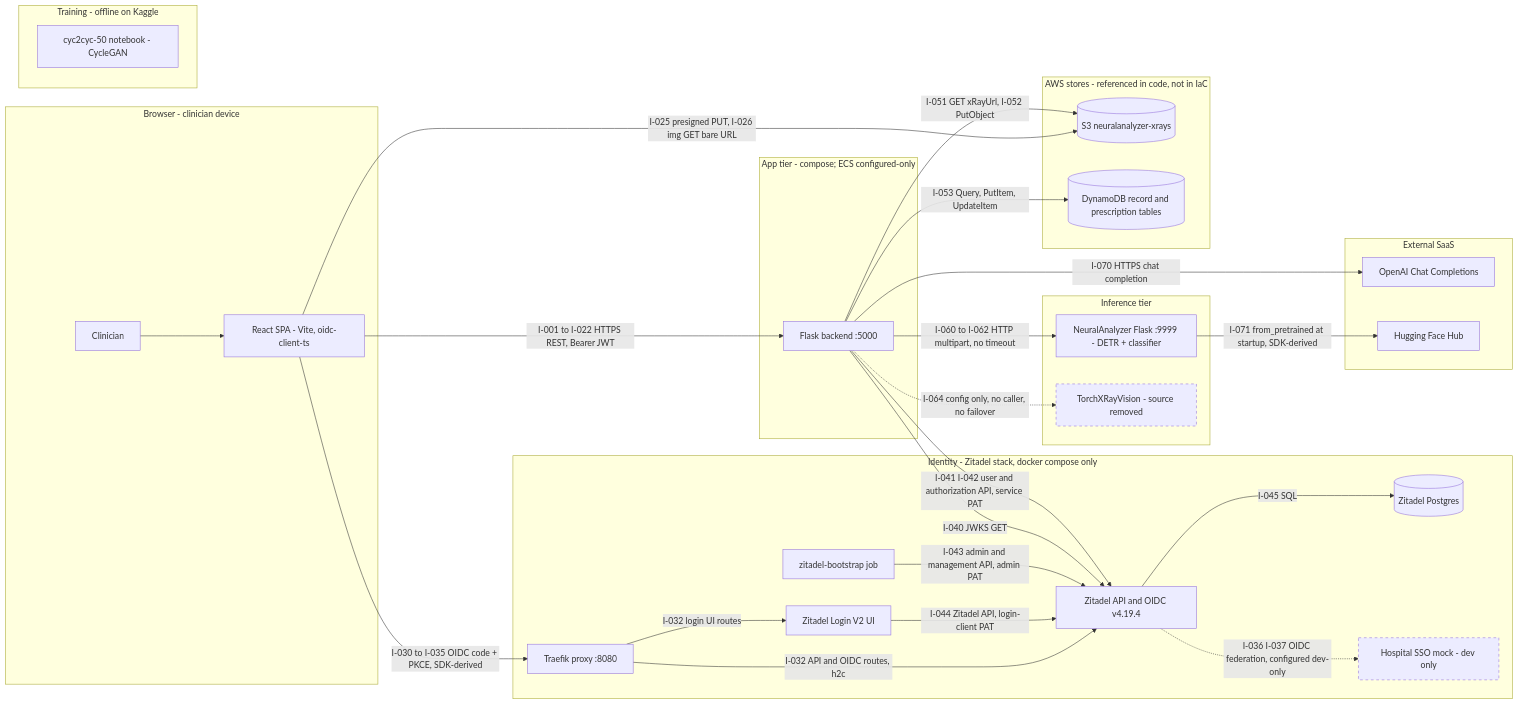
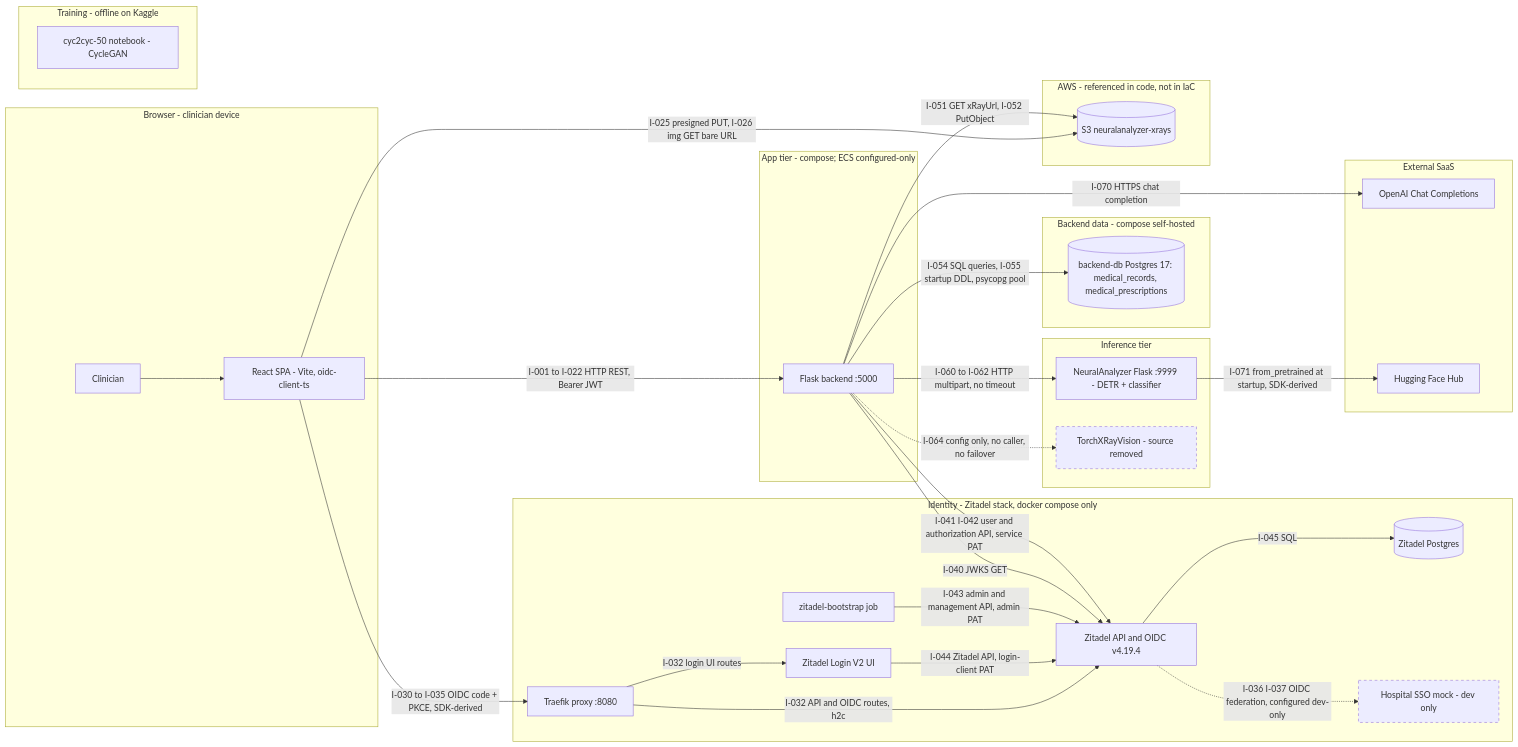
The diagram in docs/architecture/service-interactions.mmd (nathan20021/LungVisionAI), drawn with Mermaid before and after one commit. The commit also changed 3 other files, not shown here.

```diff
--- a/docs/architecture/service-interactions.mmd
+++ b/docs/architecture/service-interactions.mmd
@@ -1,59 +1,62 @@
 flowchart LR
   subgraph BROWSER["Browser - clinician device"]
     U["Clinician"]
     FE["React SPA - Vite, oidc-client-ts"]
   end
 
   subgraph IDP["Identity - Zitadel stack, docker compose only"]
     ZPX["Traefik proxy :8080"]
     ZL["Zitadel Login V2 UI"]
     ZA["Zitadel API and OIDC v4.19.4"]
     ZDB[("Zitadel Postgres")]
     ZB["zitadel-bootstrap job"]
     SSO["Hospital SSO mock - dev only"]
   end
 
   subgraph APP["App tier - compose; ECS configured-only"]
     BE["Flask backend :5000"]
   end
 
+  subgraph DATA["Backend data - compose self-hosted"]
+    PG[("backend-db Postgres 17: medical_records, medical_prescriptions")]
+  end
+
   subgraph INFER["Inference tier"]
     NA["NeuralAnalyzer Flask :9999 - DETR + classifier"]
     TXV["TorchXRayVision - source removed"]
   end
 
-  subgraph AWS["AWS stores - referenced in code, not in IaC"]
+  subgraph AWS["AWS - referenced in code, not in IaC"]
     S3[("S3 neuralanalyzer-xrays")]
-    DDB[("DynamoDB record and prescription tables")]
   end
 
   subgraph EXT["External SaaS"]
     OAI["OpenAI Chat Completions"]
     HF["Hugging Face Hub"]
   end
 
   subgraph TRAIN["Training - offline on Kaggle"]
     NB["cyc2cyc-50 notebook - CycleGAN"]
   end
 
   U --> FE
-  FE -->|"I-001 to I-022 HTTPS REST, Bearer JWT"| BE
+  FE -->|"I-001 to I-022 HTTP REST, Bearer JWT"| BE
   FE -->|"I-030 to I-035 OIDC code + PKCE, SDK-derived"| ZPX
   ZPX -->|"I-032 login UI routes"| ZL
   ZPX -->|"I-032 API and OIDC routes, h2c"| ZA
   ZL -->|"I-044 Zitadel API, login-client PAT"| ZA
   ZA -->|"I-045 SQL"| ZDB
   ZA -.->|"I-036 I-037 OIDC federation, configured dev-only"| SSO
   ZB -->|"I-043 admin and management API, admin PAT"| ZA
   BE -->|"I-040 JWKS GET"| ZA
   BE -->|"I-041 I-042 user and authorization API, service PAT"| ZA
+  BE -->|"I-054 SQL queries, I-055 startup DDL, psycopg pool"| PG
   FE -->|"I-025 presigned PUT, I-026 img GET bare URL"| S3
   BE -->|"I-051 GET xRayUrl, I-052 PutObject"| S3
-  BE -->|"I-053 Query, PutItem, UpdateItem"| DDB
   BE -->|"I-060 to I-062 HTTP multipart, no timeout"| NA
   BE -->|"I-070 HTTPS chat completion"| OAI
   NA -->|"I-071 from_pretrained at startup, SDK-derived"| HF
   BE -.->|"I-064 config only, no caller, no failover"| TXV
 
   classDef gap stroke-dasharray:5 5
   class TXV,SSO gap
```
